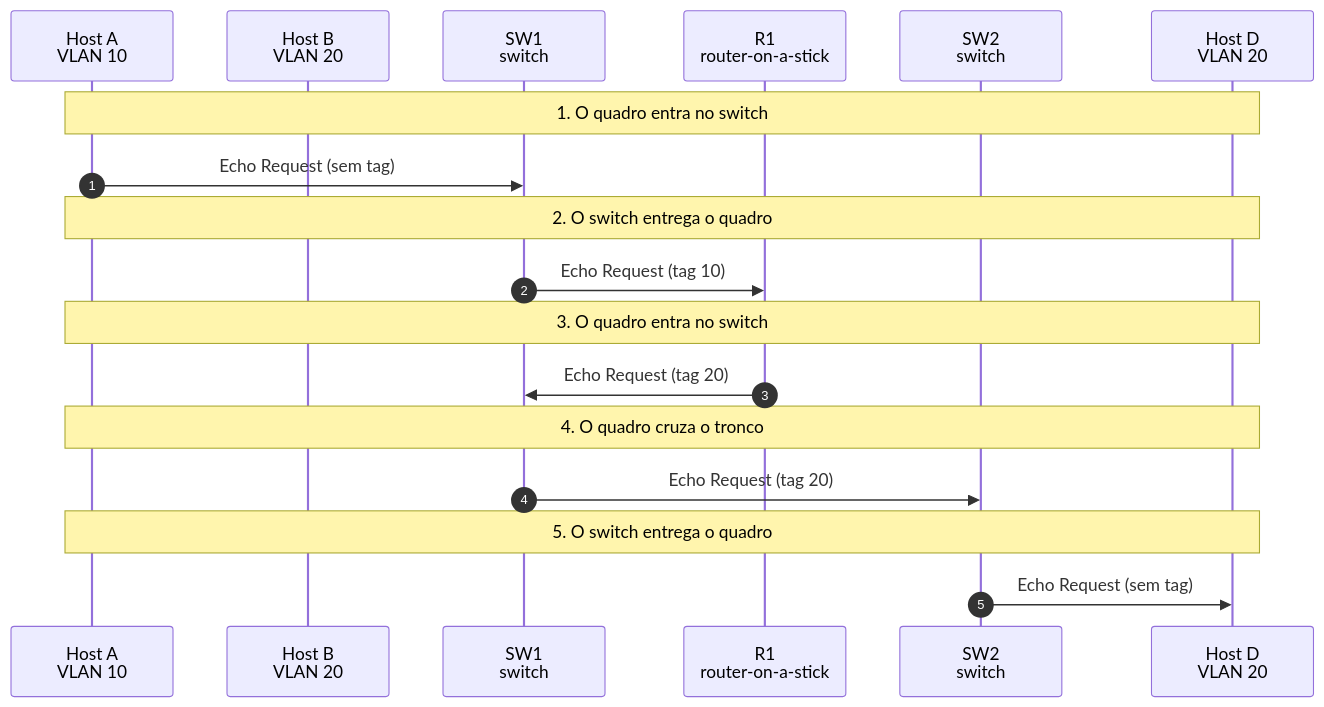
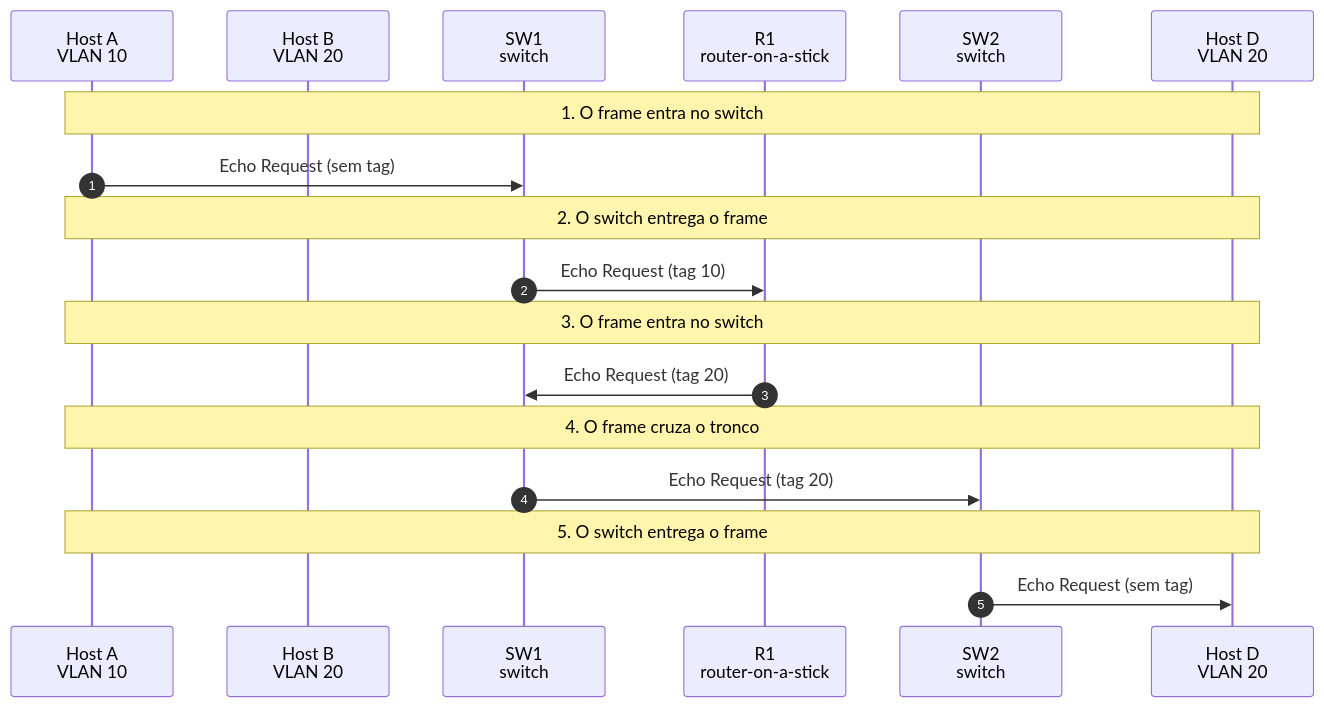
Diagram 20 of 29 in docs/simuladores/vlan.md (emanuel-bs/simul-net), drawn with Mermaid before and after one commit. The commit also changed other lines of this file and 96 other files, not shown here.

````diff
--- a/docs/simuladores/vlan.md
+++ b/docs/simuladores/vlan.md
@@ -718,20 +718,20 @@
 ```mermaid
 sequenceDiagram
   autonumber
   participant n_a as Host A<br/>VLAN 10
   participant n_b as Host B<br/>VLAN 20
   participant n_sw1 as SW1<br/>switch
   participant n_r1 as R1<br/>router-on-a-stick
   participant n_sw2 as SW2<br/>switch
   participant n_d as Host D<br/>VLAN 20
-  Note over n_a,n_d: 1. O quadro entra no switch
+  Note over n_a,n_d: 1. O frame entra no switch
   n_a ->> n_sw1: Echo Request (sem tag)
-  Note over n_a,n_d: 2. O switch entrega o quadro
+  Note over n_a,n_d: 2. O switch entrega o frame
   n_sw1 ->> n_r1: Echo Request (tag 10)
-  Note over n_a,n_d: 3. O quadro entra no switch
+  Note over n_a,n_d: 3. O frame entra no switch
   n_r1 ->> n_sw1: Echo Request (tag 20)
-  Note over n_a,n_d: 4. O quadro cruza o tronco
+  Note over n_a,n_d: 4. O frame cruza o tronco
   n_sw1 ->> n_sw2: Echo Request (tag 20)
-  Note over n_a,n_d: 5. O switch entrega o quadro
+  Note over n_a,n_d: 5. O switch entrega o frame
   n_sw2 ->> n_d: Echo Request (sem tag)
 ```
````
